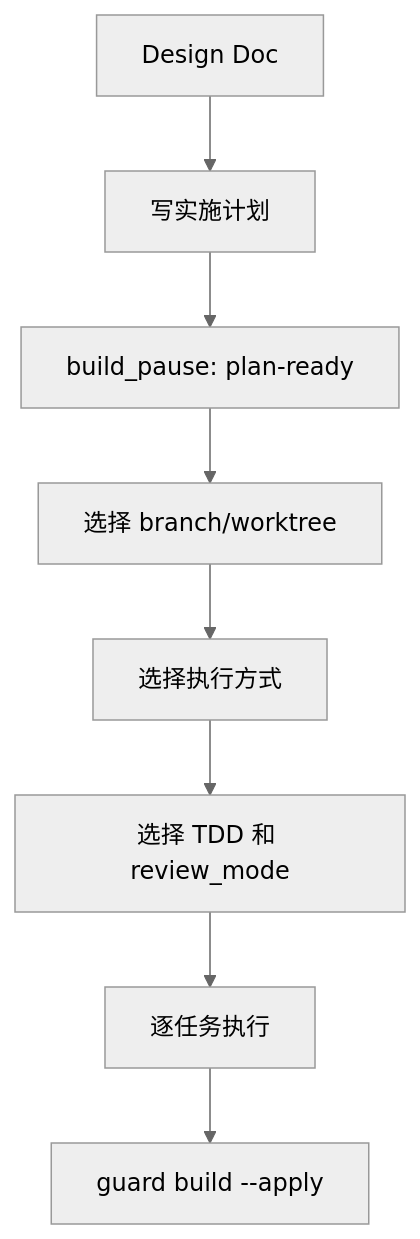
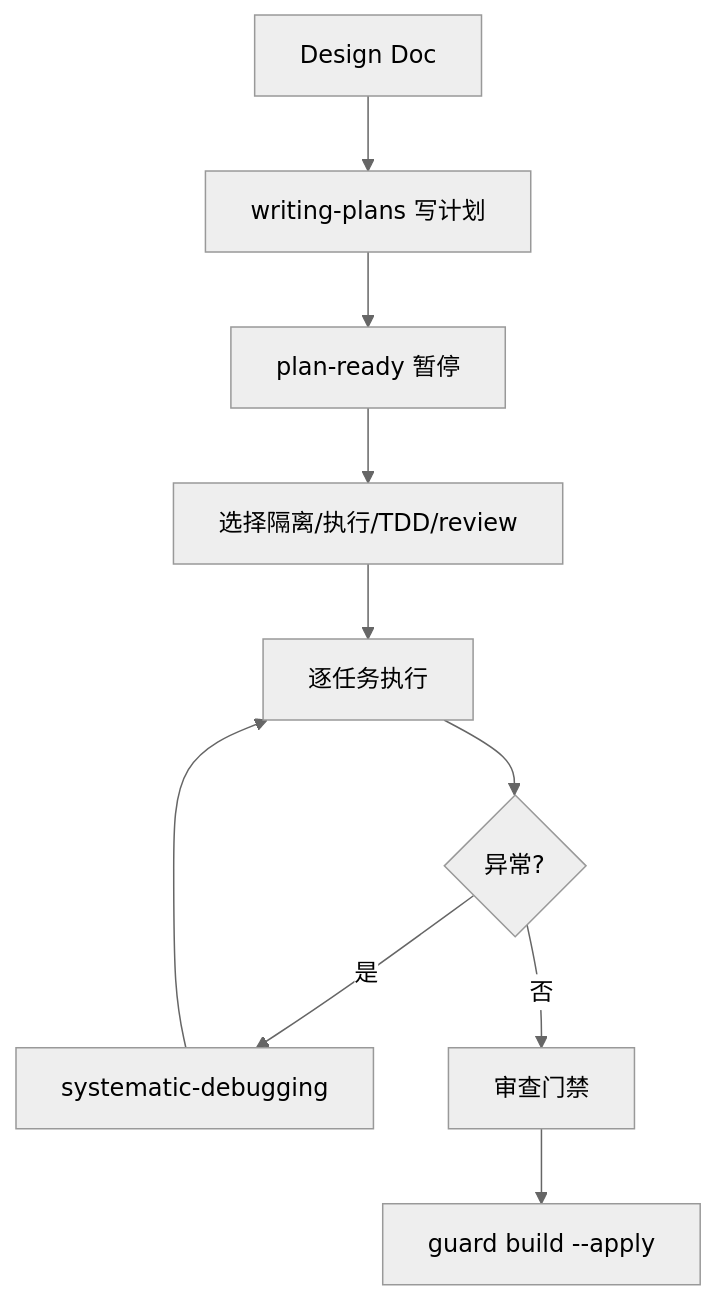
Before and after one commit to rpamis/comet-website-docs: the diagram in zh/phases/build.mdx, drawn with Mermaid (neutral theme). The commit also changed other lines of this file and 50 other files, not shown here.

````diff
--- a/zh/phases/build.mdx
+++ b/zh/phases/build.mdx
@@ -23,10 +145,12 @@
 ```mermaid
 flowchart TD
-  A["Design Doc"] --> B["写实施计划"]
-  B --> C["build_pause: plan-ready"]
-  C --> D["选择 branch/worktree"]
-  D --> E["选择执行方式"]
-  E --> F["选择 TDD 和 review_mode"]
-  F --> G["逐任务执行"]
-  G --> H["guard build --apply"]
+  A["Design Doc"] --> B["writing-plans 写计划"]
+  B --> C["plan-ready 暂停"]
+  C --> D["选择隔离/执行/TDD/review"]
+  D --> E["逐任务执行"]
+  E --> F{"异常?"}
+  F -->|是| G["systematic-debugging"]
+  G --> E
+  F -->|否| H["审查门禁"]
+  H --> I["guard build --apply"]
 ```
````
